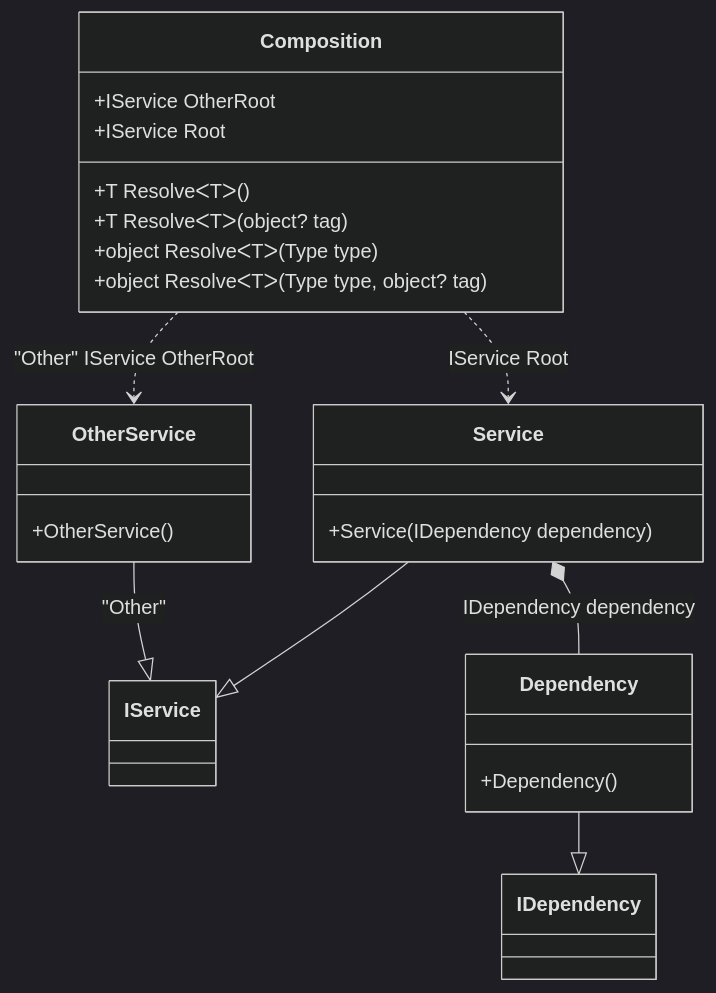
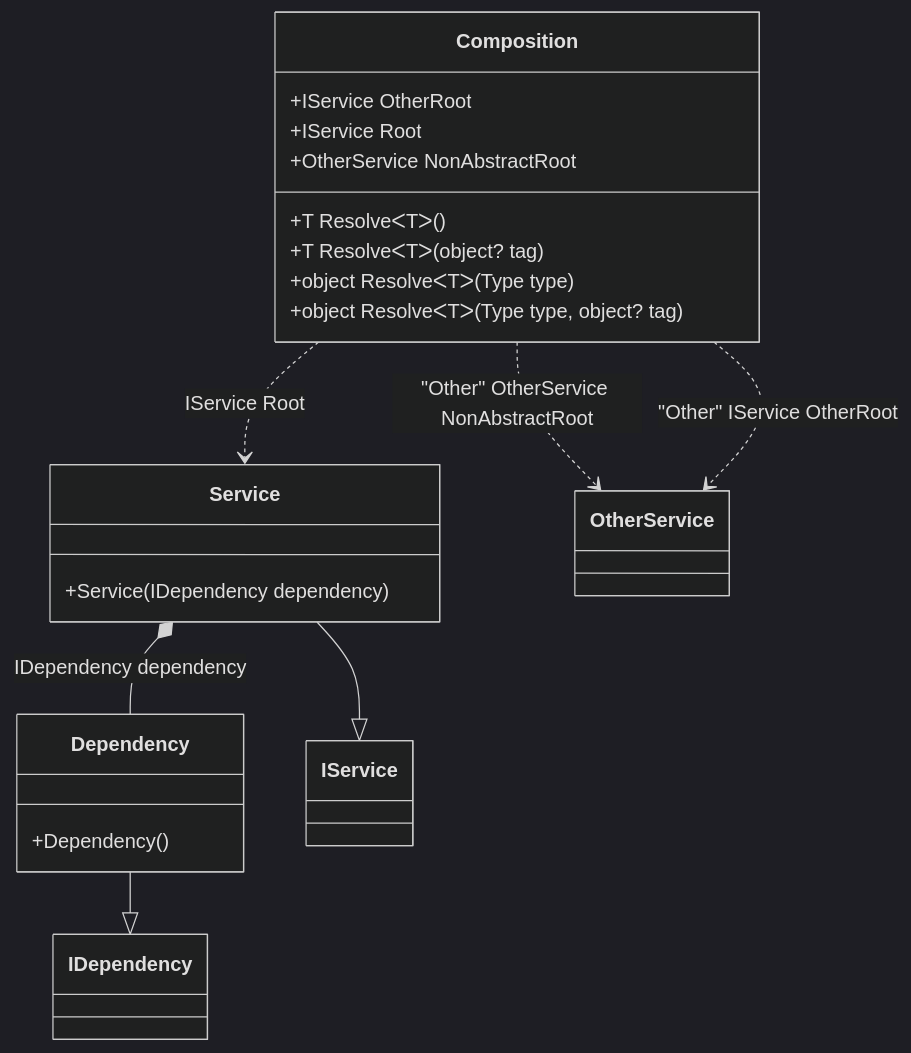
The first of 33 diagrams in readme/Examples.md (DevTeam/Pure.DI), drawn with Mermaid (dark theme) before and after one commit. The commit also changed other lines of this file and 3 other files, not shown here.

Commit message:
Non abstract tagged roots support

````diff
--- a/readme/Examples.md
+++ b/readme/Examples.md
@@ -42,26 +45,24 @@
 ```mermaid
 classDiagram
 class Composition {
 +IService OtherRoot
 +IService Root
++OtherService NonAbstractRoot
 +T ResolveᐸTᐳ()
 +T ResolveᐸTᐳ(object? tag)
 +object ResolveᐸTᐳ(Type type)
 +object ResolveᐸTᐳ(Type type, object? tag)
 }
 Dependency --|> IDependency : 
 class Dependency {
 +Dependency()
 }
-OtherService --|> IService : "Other" 
-class OtherService {
-+OtherService()
-}
 Service --|> IService : 
 class Service {
 +Service(IDependency dependency)
 }
+Composition ..> OtherService : "Other" OtherService NonAbstractRoot
 Composition ..> OtherService : "Other" IService OtherRoot
 Composition ..> Service : IService Root
 Service *-- Dependency : IDependency dependency
 ```
````
